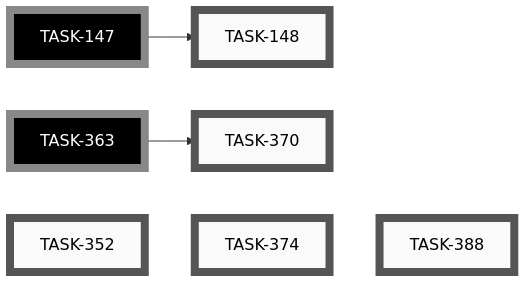
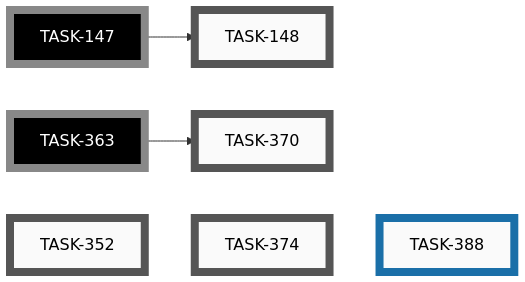
Before and after one commit to tgd1975/AwesomeGuitarPedal: diagram 11 of 11 in docs/developers/tasks/EPICS.md, drawn with Mermaid. The commit also changed other lines of this file and 7 other files, not shown here.

````diff
--- a/docs/developers/tasks/EPICS.md
+++ b/docs/developers/tasks/EPICS.md
@@ -395,26 +395,26 @@
 ```mermaid
 graph LR
     TASK_148["TASK-148"]:::open
     TASK_352["TASK-352"]:::open
     TASK_370["TASK-370"]:::open
     TASK_374["TASK-374"]:::open
-    TASK_388["TASK-388"]:::open
+    TASK_388["TASK-388"]:::active
     TASK_147["TASK-147"]:::openExt
     TASK_363["TASK-363"]:::openExt
     TASK_147 --> TASK_148
     TASK_363 --> TASK_370
     TASK_352 ~~~ TASK_374 ~~~ TASK_388
     click TASK_148 "open/task-148-reorganise-developer-documentation.md"
     click TASK_352 "open/task-352-investigate-pre-commit-hook-latency.md"
     click TASK_370 "open/task-370-make-schemdraw-svgs-deterministic.md"
     click TASK_374 "open/task-374-make-release-yml-tolerate-locally-archived-closed-tasks.md"
-    click TASK_388 "open/task-388-fix-nodemcu-32s-test-pio-env-so-on-device-button-tests-build.md"
+    click TASK_388 "active/task-388-fix-nodemcu-32s-test-pio-env-so-on-device-button-tests-build.md"
     classDef open    fill:#FAFAFA,stroke:#555,stroke-width:8px,color:#000
     classDef active  fill:#FAFAFA,stroke:#1A6FA8,stroke-width:8px,color:#000
     classDef closed  fill:#FAFAFA,stroke:#3F8B53,stroke-width:8px,color:#000
     classDef paused  fill:#FAFAFA,stroke:#B07810,stroke-width:8px,color:#000
     classDef openExt    fill:#000,stroke:#888,stroke-width:8px,color:#FFF
     classDef activeExt  fill:#000,stroke:#3FA9F5,stroke-width:8px,color:#FFF
     classDef closedExt  fill:#000,stroke:#7CC68A,stroke-width:8px,color:#FFF
     classDef pausedExt  fill:#000,stroke:#F0B030,stroke-width:8px,color:#FFF
 ```
````
